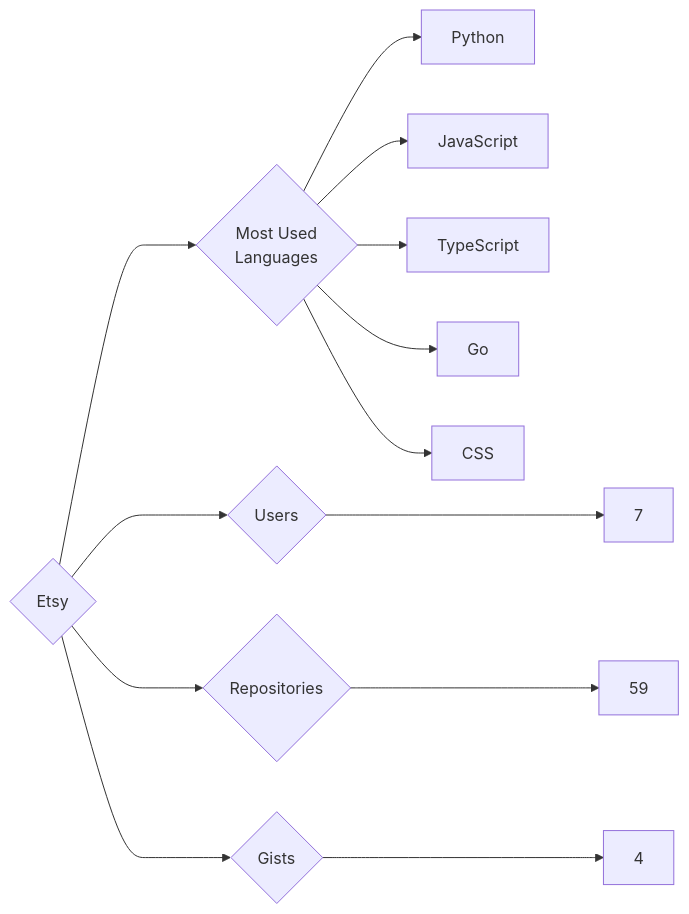
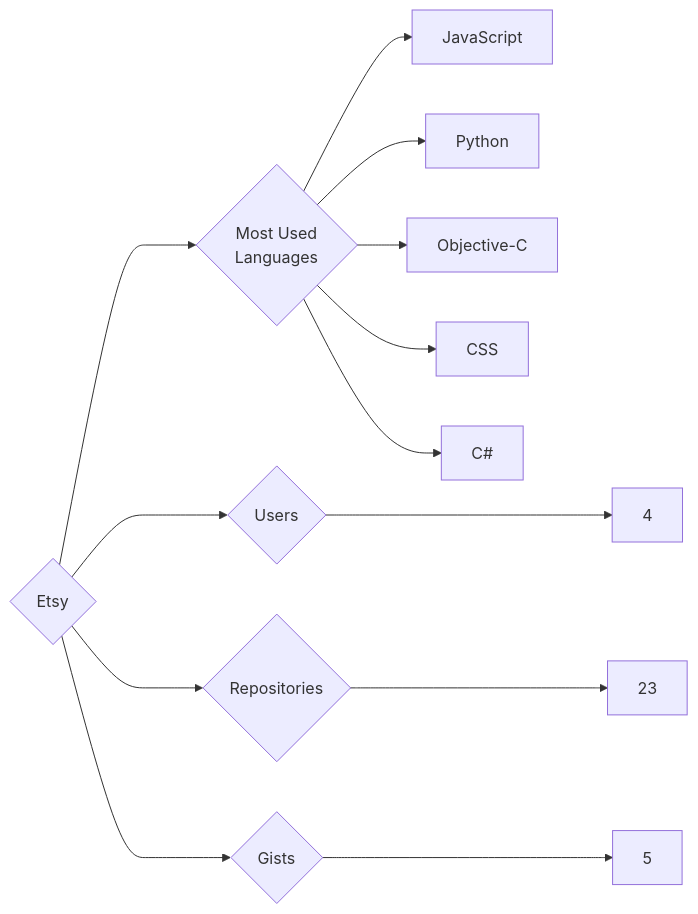
The diagram in targets/Etsy/README.md (trickest/insiders), drawn with Mermaid before and after one commit. The commit also changed 1141 other files, not shown here.

````diff
--- a/targets/Etsy/README.md
+++ b/targets/Etsy/README.md
@@ -3,13 +3,13 @@
 ```mermaid
 graph LR
 COMPANY_NAME{Etsy}
-COMPANY_NAME ---> U{Users} ---> UN[7]
-COMPANY_NAME ---> R{Repositories} ---> RN[59]
-COMPANY_NAME ---> G{Gists} ---> GN[4]
+COMPANY_NAME ---> U{Users} ---> UN[4]
+COMPANY_NAME ---> R{Repositories} ---> RN[23]
+COMPANY_NAME ---> G{Gists} ---> GN[5]
 COMPANY_NAME ---> ML{Most Used<br>Languages}
+ML --> JavaScript[JavaScript]
 ML --> Python[Python]
-ML --> JavaScript[JavaScript]
-ML --> TypeScript[TypeScript]
-ML --> Go[Go]
+ML --> Objective-C[Objective-C]
 ML --> CSS[CSS]
+ML --> C#[C#]
 ```
````
